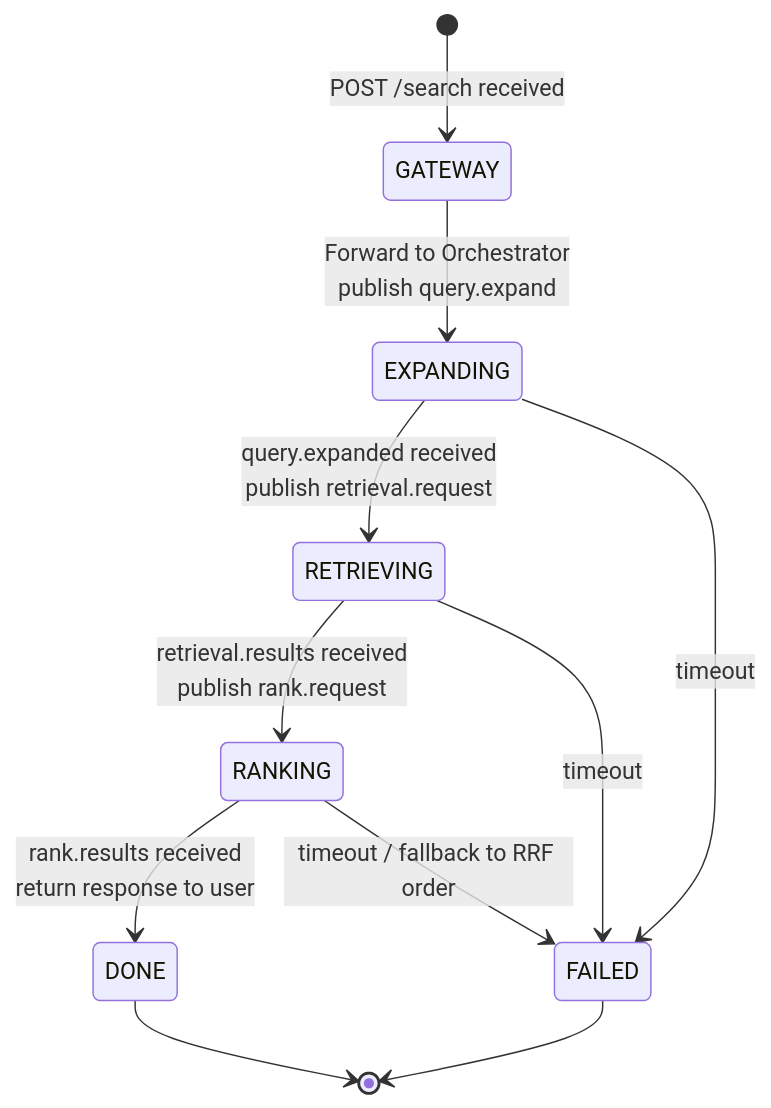
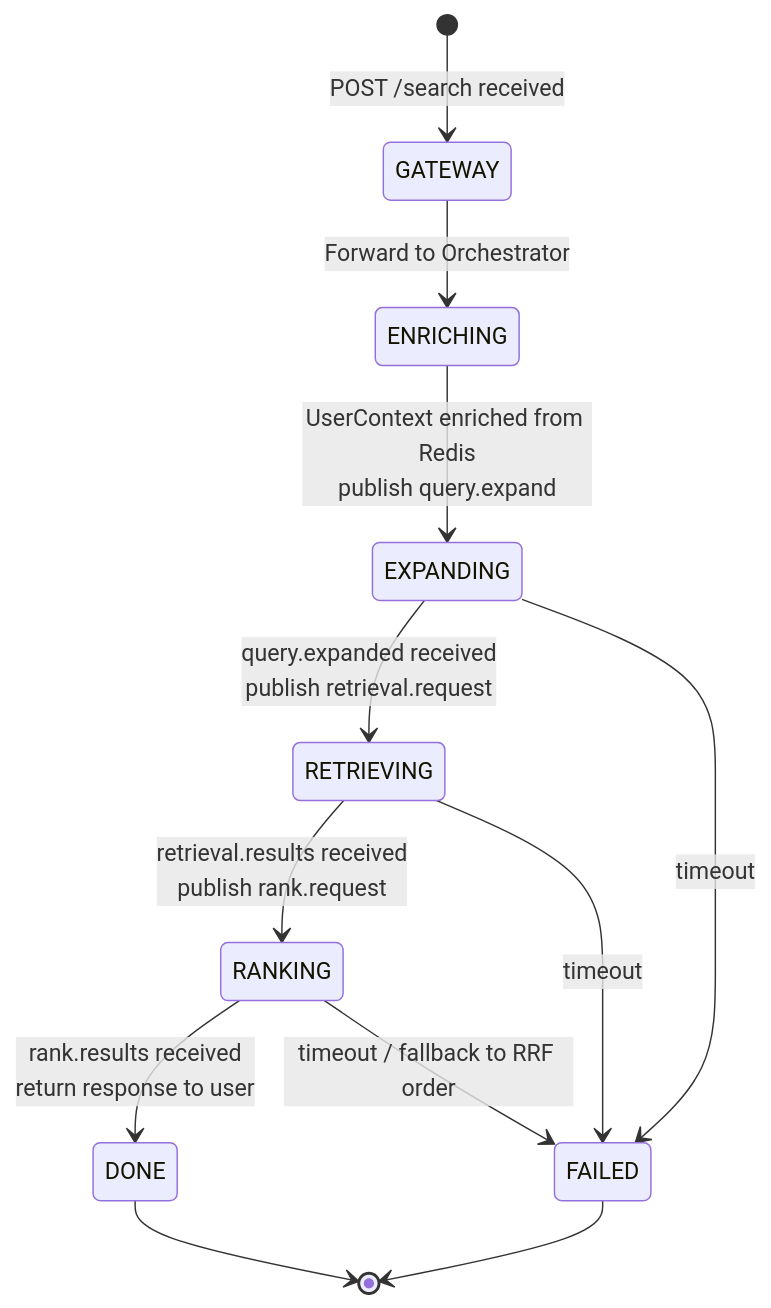
The second of 3 diagrams in AGENTIC.md (Peqchji/spring-ai-search-engine), drawn with Mermaid before and after one commit. The commit also changed other lines of this file and 10 other files, not shown here.

Commit message:
refactor: rearchitecture

````diff
--- a/AGENTIC.md
+++ b/AGENTIC.md
@@ -150,13 +158,14 @@
 ```mermaid
 stateDiagram-v2
     [*] --> GATEWAY: POST /search received
-    GATEWAY --> EXPANDING: Forward to Orchestrator<br>publish query.expand
+    GATEWAY --> ENRICHING: Forward to Orchestrator
+    ENRICHING --> EXPANDING: UserContext enriched from Redis<br>publish query.expand
     EXPANDING --> RETRIEVING: query.expanded received<br>publish retrieval.request
     RETRIEVING --> RANKING: retrieval.results received<br>publish rank.request
     RANKING --> DONE: rank.results received<br>return response to user
     EXPANDING --> FAILED: timeout
     RETRIEVING --> FAILED: timeout
     RANKING --> FAILED: timeout / fallback to RRF order
     DONE --> [*]
     FAILED --> [*]
 ```
````
